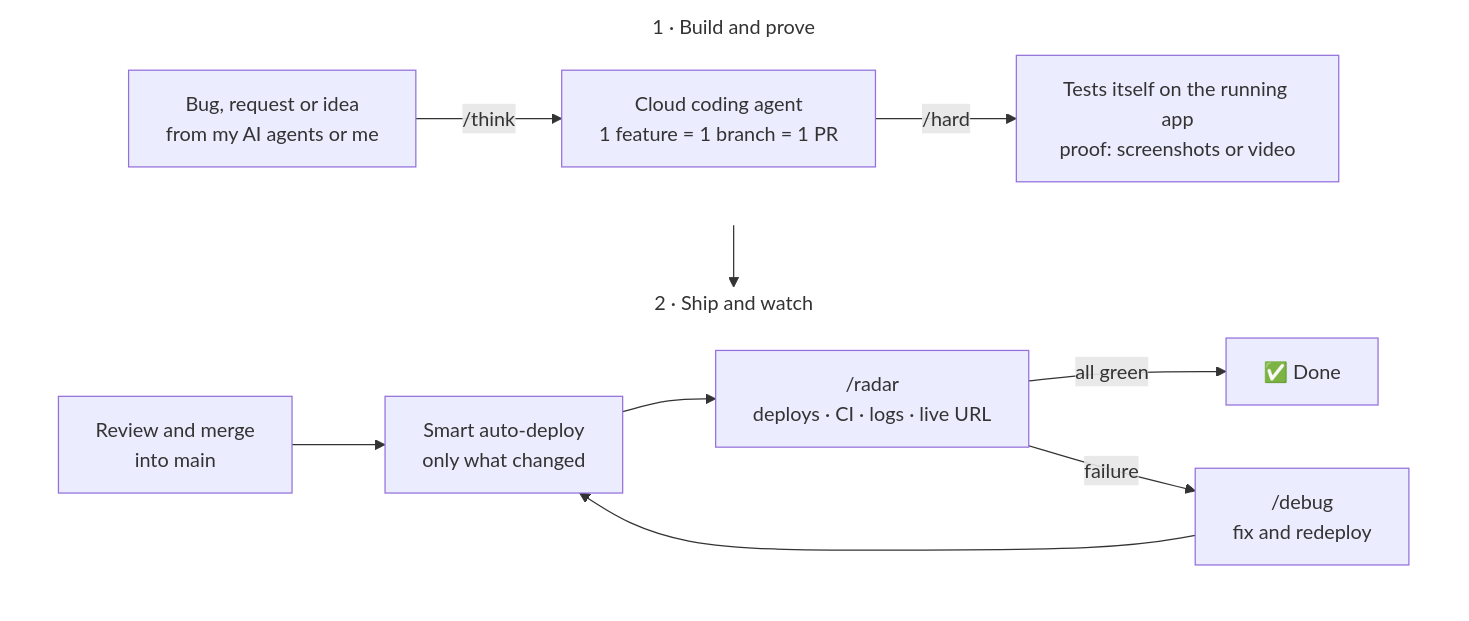
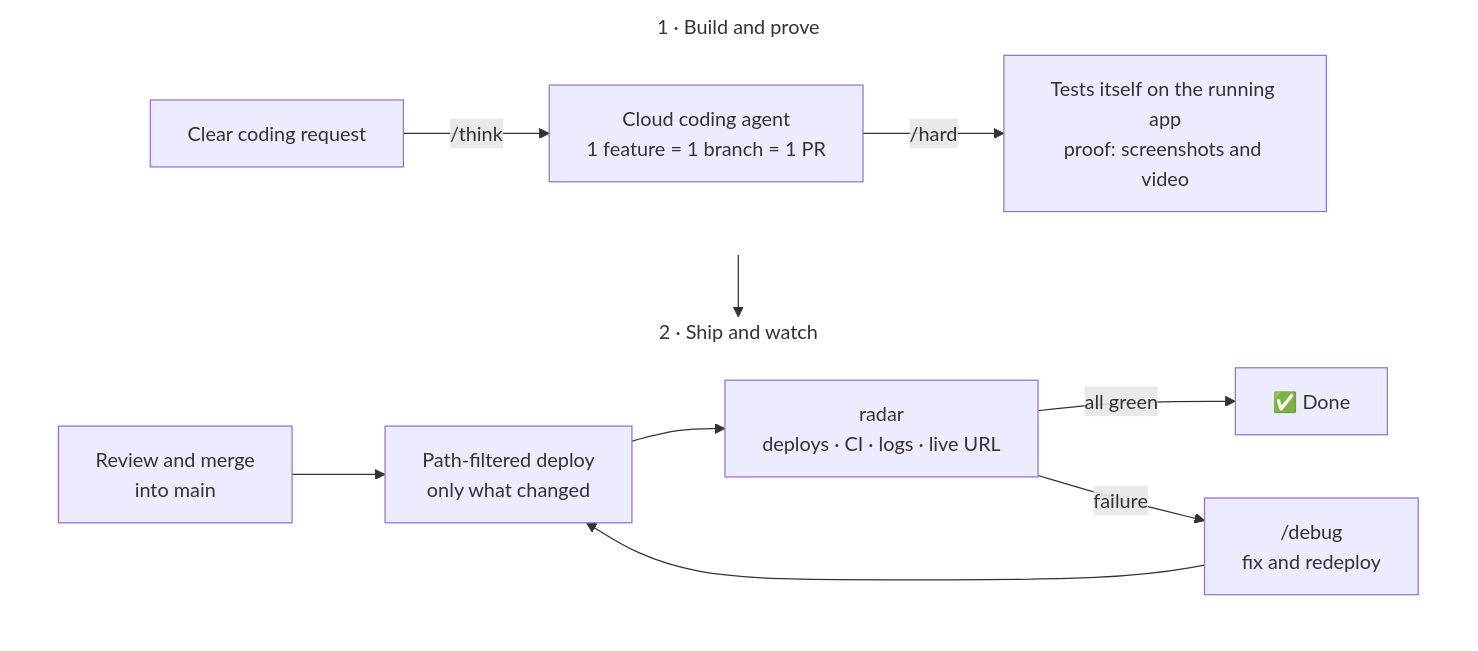
The diagram in README.md (romeohc/romeohc), drawn with Mermaid before and after one commit. The commit also changed other lines of this file, not shown here.

Commit message:
Clarify afkit as the product chain.
The profile treated afkit as the whole way of working and drew radar as a slash command. It is a Cursor plugin for that chain only.

````diff
--- a/README.md
+++ b/README.md
@@ -11,19 +11,19 @@
 ```mermaid
 flowchart TB
     subgraph BUILD ["1 · Build and prove"]
         direction LR
-        IN["Bug, request or idea<br/>from my AI agents or me"] -->|"/think"| AG["Cloud coding agent<br/>1 feature = 1 branch = 1 PR"]
-        AG -->|"/hard"| PR["Tests itself on the running app<br/>proof: screenshots or video"]
+        IN["Clear coding request"] -->|"/think"| AG["Cloud coding agent<br/>1 feature = 1 branch = 1 PR"]
+        AG -->|"/hard"| PR["Tests itself on the running app<br/>proof: screenshots and video"]
     end
     subgraph SHIP ["2 · Ship and watch"]
         direction LR
-        M["Review and merge<br/>into main"] --> D["Smart auto-deploy<br/>only what changed"]
-        D --> R["/radar<br/>deploys · CI · logs · live URL"]
+        M["Review and merge<br/>into main"] --> D["Path-filtered deploy<br/>only what changed"]
+        D --> R["radar<br/>deploys · CI · logs · live URL"]
         R -->|"all green"| OK["✅ Done"]
         R -->|"failure"| F["/debug<br/>fix and redeploy"]
         F --> D
     end
     BUILD --> SHIP
     style BUILD fill:none,stroke:none
     style SHIP fill:none,stroke:none
 ```
````
